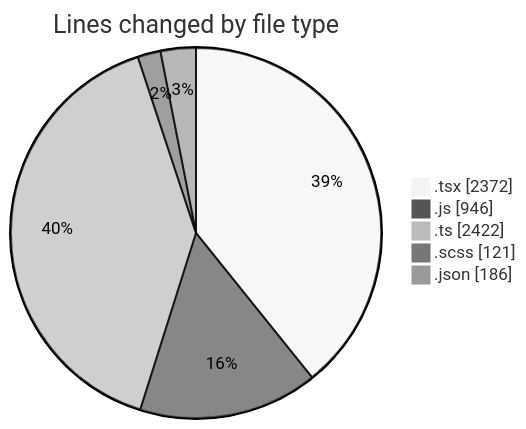
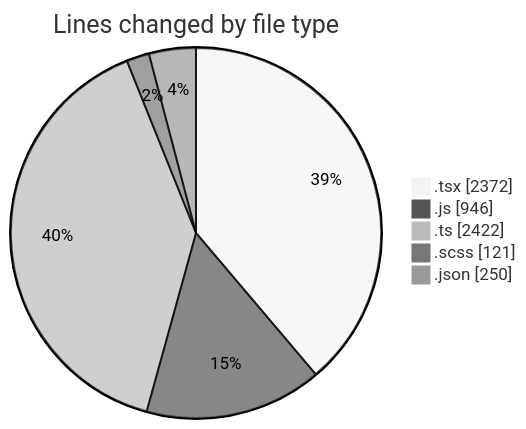
One commit to momahboobian/code-tracking changed the first of 2 diagrams in 2026-07-20/cda/README.md. Above: the diagram before and after it, drawn with Mermaid (neutral theme). The commit also changed other lines of this file and 1 other file, not shown here.

````diff
--- a/2026-07-20/cda/README.md
+++ b/2026-07-20/cda/README.md
@@ -51,9 +52,9 @@
 ```mermaid
 pie showData
 title Lines changed by file type
 ".tsx" : 2372
 ".js" : 946
 ".ts" : 2422
 ".scss" : 121
-".json" : 186
+".json" : 250
 ```
````
